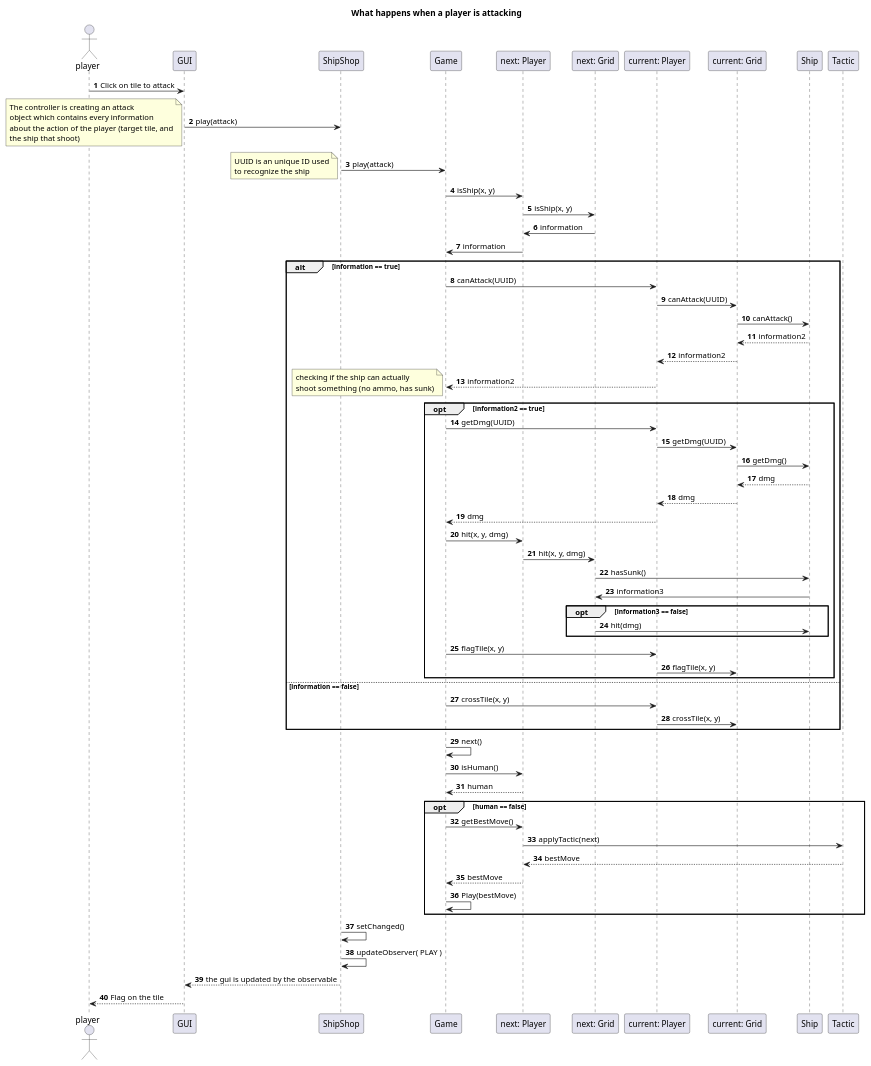
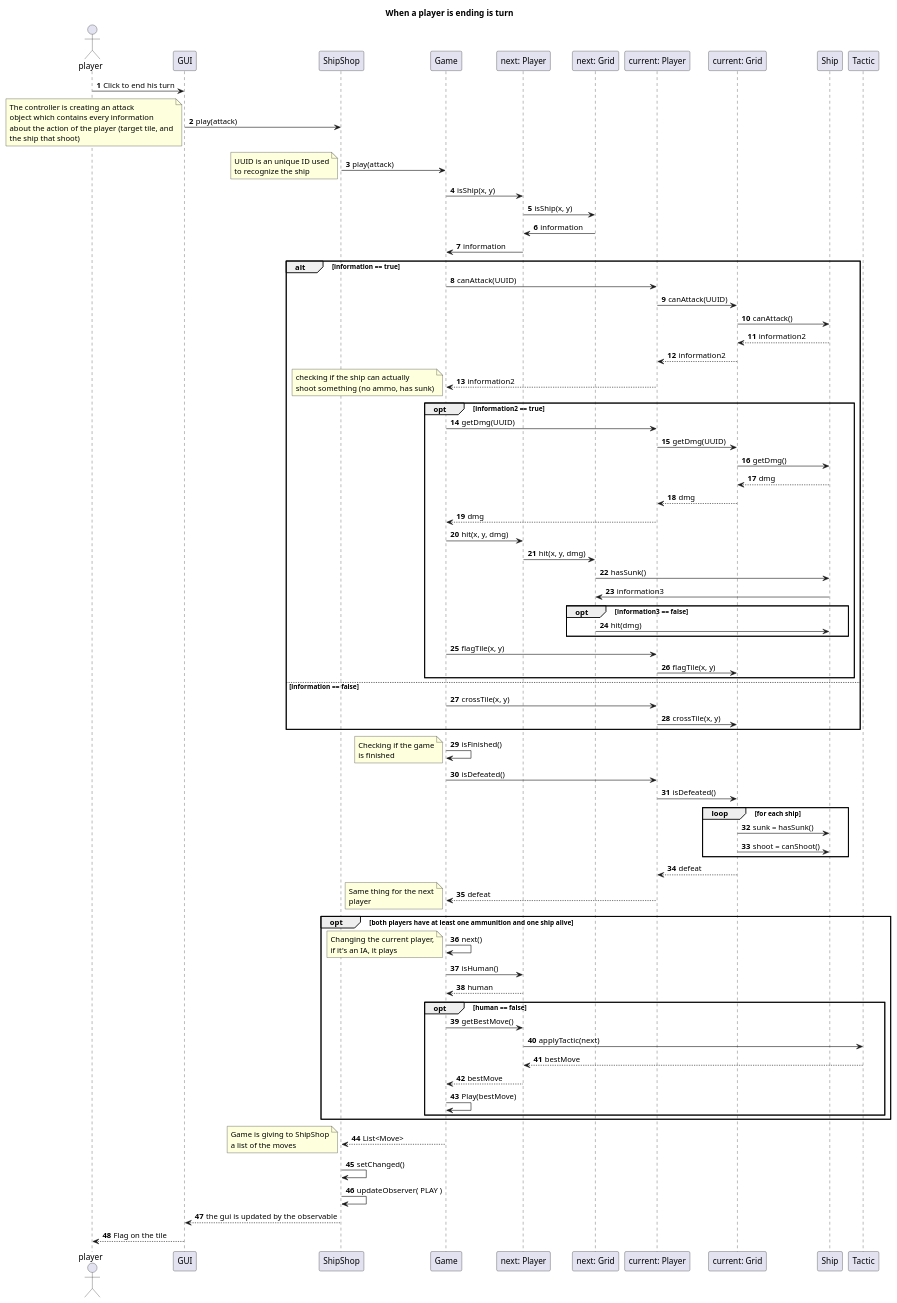
Before and after one commit to Reynault/ShipShop: the diagram in doc/conception/pmul/sequence/play.puml, drawn with PlantUML. The commit also changed 1 other file, not shown here.

Commit message:
Adding play diagram

```diff
--- a/doc/conception/pmul/sequence/play.puml
+++ b/doc/conception/pmul/sequence/play.puml
@@ -1,124 +1,169 @@
 @startuml
 
-title What happens when a player is attacking
+title When a player is ending is turn
 
 autonumber
 actor player
 
-player -> GUI: Click on tile to attack
+player -> GUI: Click to end his turn
 
 GUI -> ShipShop: play(attack)
 
 note left
 The controller is creating an attack
 object which contains every information
 about the action of the player (target tile, and
 the ship that shoot)
 end note
 
 ShipShop -> Game: play(attack)
 
 
 note left
 UUID is an unique ID used
 to recognize the ship
 end note
 
 Game -> "next: Player": isShip(x, y)
 
 "next: Player" -> "next: Grid": isShip(x, y)
 
 "next: Grid" -> "next: Player": information
 
 "next: Player" -> Game: information
 
 alt information == true
 
     Game -> "current: Player": canAttack(UUID)
 
     "current: Player" -> "current: Grid": canAttack(UUID)
 
     "current: Grid" -> Ship: canAttack()
 
     Ship --> "current: Grid": information2
 
     "current: Grid" --> "current: Player": information2
 
     "current: Player" --> Game: information2
 
     opt information2 == true
 
         note left
             checking if the ship can actually
             shoot something (no ammo, has sunk)
         end note
 
         Game -> "current: Player": getDmg(UUID)
 
         "current: Player" -> "current: Grid": getDmg(UUID)
 
         "current: Grid" -> Ship: getDmg()
 
         Ship --> "current: Grid": dmg
 
         "current: Grid" --> "current: Player": dmg
 
         "current: Player" --> Game: dmg
 
         Game -> "next: Player": hit(x, y, dmg)
 
         "next: Player" -> "next: Grid": hit(x, y, dmg)
 
         "next: Grid" -> Ship: hasSunk()
 
         Ship -> "next: Grid": information3
 
         opt information3 == false
 
             "next: Grid" -> Ship: hit(dmg)
 
         end
 
         Game -> "current: Player": flagTile(x, y)
 
         "current: Player" -> "current: Grid": flagTile(x, y)
 
     end
 
 else information == false
 
     Game -> "current: Player": crossTile(x, y)
 
     "current: Player" -> "current: Grid": crossTile(x, y)
 
 end
 
-Game -> Game: next()
+Game -> Game: isFinished()
 
-Game -> "next: Player": isHuman()
+note left
+    Checking if the game
+    is finished
+end note
 
-"next: Player" --> Game: human
+Game -> "current: Player": isDefeated()
 
-opt human == false
+"current: Player" -> "current: Grid": isDefeated()
 
-    Game -> "next: Player": getBestMove()
+loop for each ship
 
-    "next: Player" -> Tactic: applyTactic(next)
+    "current: Grid" -> Ship: sunk = hasSunk()
 
-    Tactic --> "next: Player": bestMove
-
-    "next: Player" --> Game: bestMove
-
-    Game -> Game: Play(bestMove)
+    "current: Grid" -> Ship: shoot = canShoot()
 
 end
+
+"current: Grid" --> "current: Player": defeat
+
+"current: Player" --> Game: defeat
+
+note left
+    Same thing for the next
+    player
+end note
+
+
+opt both players have at least one ammunition and one ship alive
+
+    Game -> Game: next()
+
+    note left
+        Changing the current player,
+        if it's an IA, it plays
+    end note
+
+    Game -> "next: Player": isHuman()
+
+    "next: Player" --> Game: human
+
+    opt human == false
+
+        Game -> "next: Player": getBestMove()
+
+        "next: Player" -> Tactic: applyTactic(next)
+
+        Tactic --> "next: Player": bestMove
+
+        "next: Player" --> Game: bestMove
+
+        Game -> Game: Play(bestMove)
+
+    end
+
+end
+
+Game --> ShipShop: List<Move>
+
+note left
+    Game is giving to ShipShop
+    a list of the moves
+end note
 
 ShipShop -> ShipShop: setChanged()
 
 ShipShop -> ShipShop: updateObserver( PLAY )
 
 ShipShop --> GUI: the gui is updated by the observable
 
 GUI --> player: Flag on the tile
 
 @enduml
```
